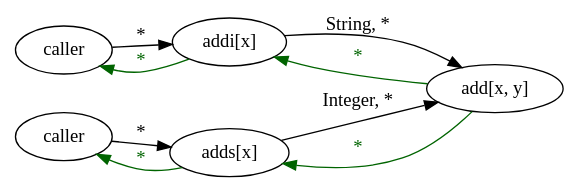
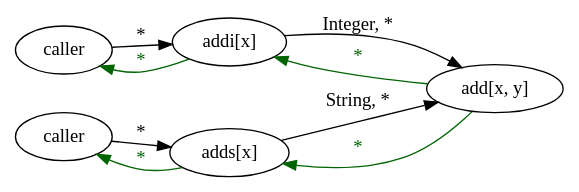
One commit to whitequark/blog changed the diagram in source/_graphs/static-ruby/callgraph.dot. Above: the diagram before and after it, drawn with Graphviz. The commit also changed 3 other files, not shown here.

```diff
--- a/source/_graphs/static-ruby/callgraph.dot
+++ b/source/_graphs/static-ruby/callgraph.dot
@@ -1,23 +1,23 @@
 digraph {
   rankdir=LR;
   size="8,!";
 
   e_addi [label="caller"];
   addi [label="addi[x]"];
   e_adds [label="caller"];
   adds [label="adds[x]"];
   add_aa [label="add[x, y]"]
 
   e_addi -> addi [label="*"];
   addi -> e_addi [label="*", color="/svg/darkgreen", fontcolor="/svg/darkgreen"];
-  addi -> add_aa [label="String, *"];
+  addi -> add_aa [label="Integer, *"];
   add_aa -> addi [label="*", color="/svg/darkgreen", fontcolor="/svg/darkgreen"];
 
   e_adds -> adds [label="*"];
   adds -> e_adds [label="*", color="/svg/darkgreen", fontcolor="/svg/darkgreen"];
-  adds -> add_aa [label="Integer, *"];
+  adds -> add_aa [label="String, *"];
   add_aa -> adds [label="*", color="/svg/darkgreen", fontcolor="/svg/darkgreen"];
 
   { rank=same; e_addi e_adds }
   { rank=same; addi adds }
 }
```
